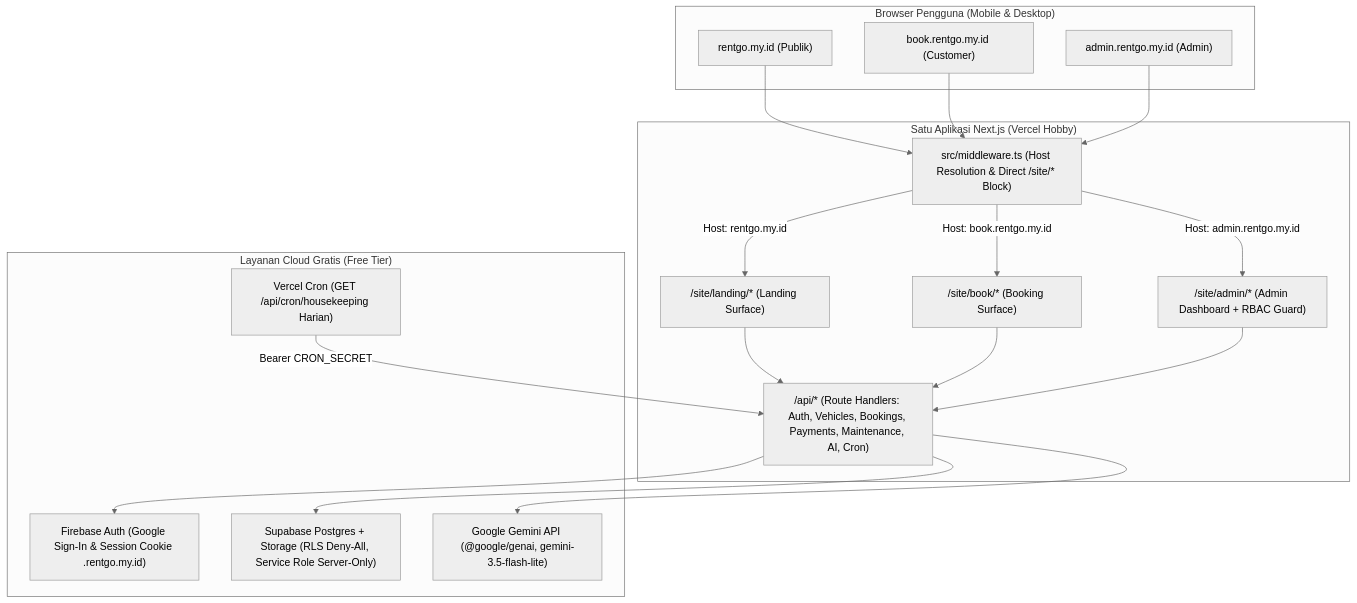
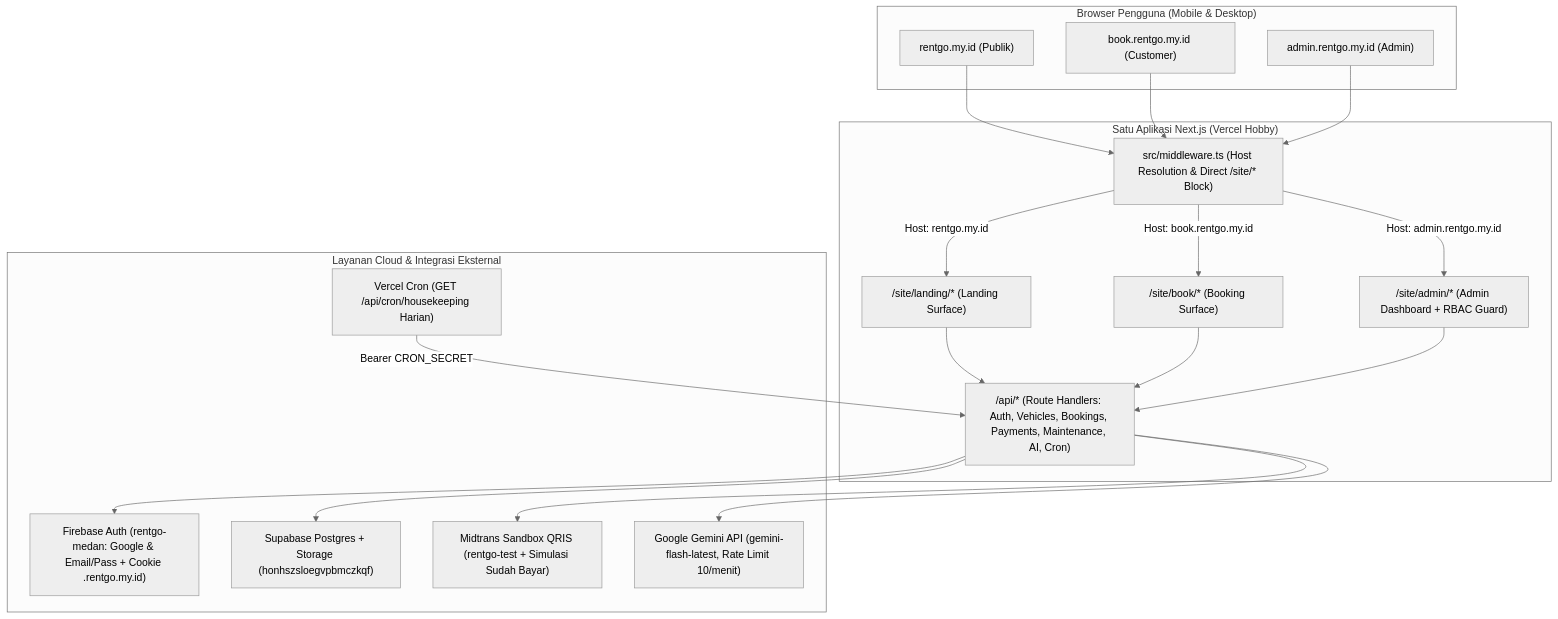
Before and after one commit to rynnxz/rentGO: the first of 5 diagrams in website/docs/03-perancangan.md, drawn with Mermaid (neutral theme). The commit also changed other lines of this file and 116 other files, not shown here.

Commit message:
feat(v1.2.0): finalize single-domain 1x login architecture, smart Gemini AI engine, single-row navbar, dual-mode Supabase repository, Triadic UI, audit docs, 17 screenshots, and UTS report

````diff
--- a/website/docs/03-perancangan.md
+++ b/website/docs/03-perancangan.md
@@ -11,33 +11,35 @@
 ```mermaid
 flowchart TB
     subgraph Client["Browser Pengguna (Mobile & Desktop)"]
         H1["rentgo.my.id (Publik)"]
         H2["book.rentgo.my.id (Customer)"]
         H3["admin.rentgo.my.id (Admin)"]
     end
 
     subgraph NextApp["Satu Aplikasi Next.js (Vercel Hobby)"]
         MW["src/middleware.ts (Host Resolution & Direct /site/* Block)"]
         S1["/site/landing/* (Landing Surface)"]
         S2["/site/book/* (Booking Surface)"]
         S3["/site/admin/* (Admin Dashboard + RBAC Guard)"]
         API["/api/* (Route Handlers: Auth, Vehicles, Bookings, Payments, Maintenance, AI, Cron)"]
     end
 
-    subgraph External["Layanan Cloud Gratis (Free Tier)"]
-        FB["Firebase Auth (Google Sign-In & Session Cookie .rentgo.my.id)"]
-        SB["Supabase Postgres + Storage (RLS Deny-All, Service Role Server-Only)"]
-        GM["Google Gemini API (@google/genai, gemini-3.5-flash-lite)"]
+    subgraph External["Layanan Cloud & Integrasi Eksternal"]
+        FB["Firebase Auth (rentgo-medan: Google & Email/Pass + Cookie .rentgo.my.id)"]
+        SB["Supabase Postgres + Storage (honhszsloegvpbmczkqf)"]
+        MT["Midtrans Sandbox QRIS (rentgo-test + Simulasi Sudah Bayar)"]
+        GM["Google Gemini API (gemini-flash-latest, Rate Limit 10/menit)"]
         VC["Vercel Cron (GET /api/cron/housekeeping Harian)"]
     end
 
     H1 & H2 & H3 --> MW
     MW -->|Host: rentgo.my.id| S1
     MW -->|Host: book.rentgo.my.id| S2
     MW -->|Host: admin.rentgo.my.id| S3
     S1 & S2 & S3 --> API
     VC -->|Bearer CRON_SECRET| API
     API --> FB
     API --> SB
+    API --> MT
     API --> GM
 ```
````
